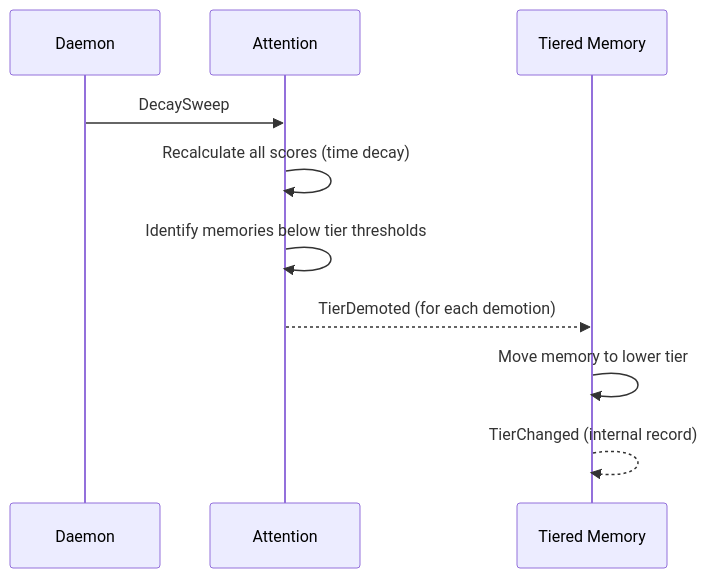
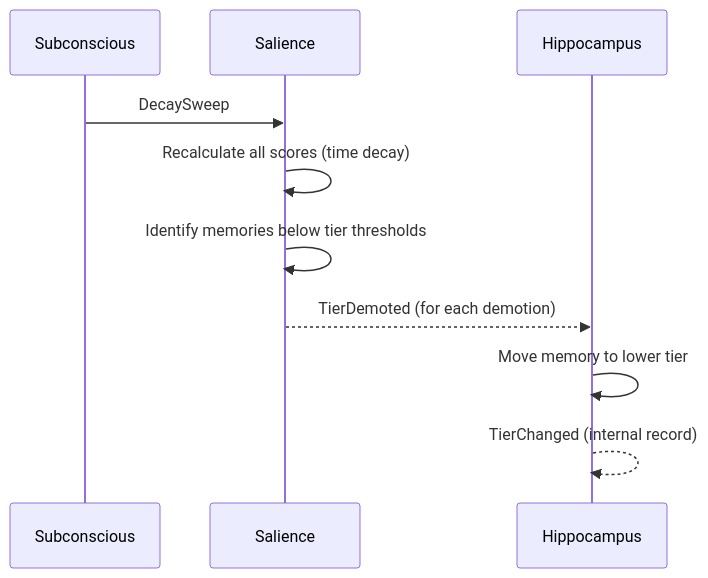
Before and after one commit to Mimis-Gildi/mcp-total-recall: the diagram in site/_includes/diagrams/msg-0004-decay-sweep.mmd, drawn with Mermaid. The commit also changed 31 other files, not shown here.

```diff
--- a/site/_includes/diagrams/msg-0004-decay-sweep.mmd
+++ b/site/_includes/diagrams/msg-0004-decay-sweep.mmd
@@ -1,11 +1,11 @@
 sequenceDiagram
-    participant DA as Daemon
-    participant AT as Attention
-    participant TM as Tiered Memory
+    participant SB as Subconscious
+    participant SL as Salience
+    participant HP as Hippocampus
 
-    DA->>AT: DecaySweep
-    AT->>AT: Recalculate all scores (time decay)
-    AT->>AT: Identify memories below tier thresholds
-    AT-->>TM: TierDemoted (for each demotion)
-    TM->>TM: Move memory to lower tier
-    TM-->>TM: TierChanged (internal record)
+    SB->>SL: DecaySweep
+    SL->>SL: Recalculate all scores (time decay)
+    SL->>SL: Identify memories below tier thresholds
+    SL-->>HP: TierDemoted (for each demotion)
+    HP->>HP: Move memory to lower tier
+    HP-->>HP: TierChanged (internal record)
```
